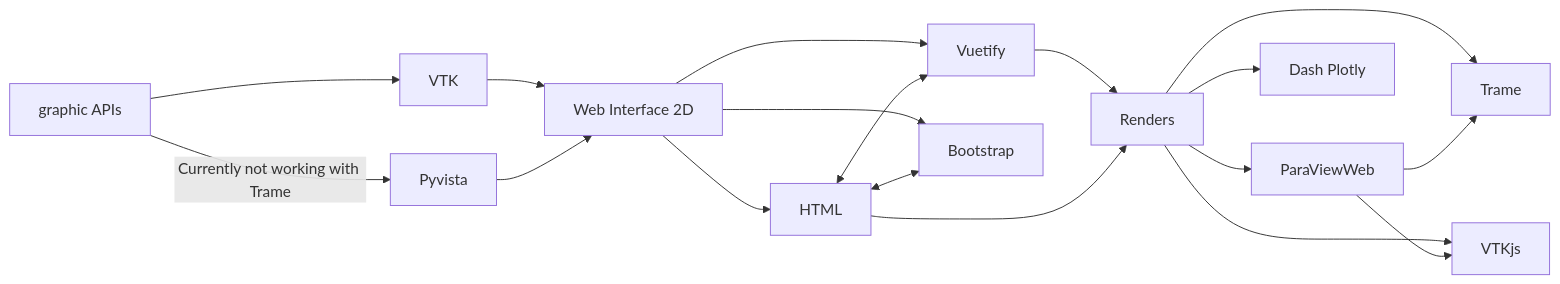
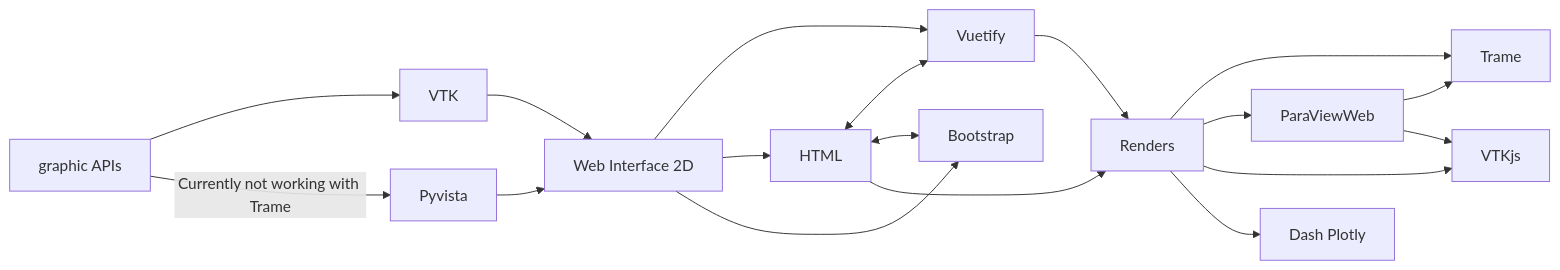
One commit to oscarBarEs/myTFG changed the diagram in stateOftheArt/Readme.md. Above: the diagram before and after it, drawn with Mermaid. The commit also changed other lines of this file, not shown here.

Commit message:
updated chart

````diff
--- a/stateOftheArt/Readme.md
+++ b/stateOftheArt/Readme.md
@@ -9,21 +9,21 @@
 ```mermaid
 graph LR
 A[graphic APIs] --> B[VTK]
 A -- Currently not working with Trame --> C[Pyvista]
 B --> D[Web Interface 2D]
 C --> D
 D --> E[Vuetify]
 D --> F[HTML]
 D --> L[Bootstrap]
 F <--> E
 F <--> L
 E --> G[Renders]
 F --> G
 G --> H[Trame]
+G --> J[ParaViewWeb]
 G --> I[VTKjs]
-G --> J[ParaViewWeb]
-G --> K[Dash Plotly]
 J --> H
 J --> I
+G --> K[Dash Plotly]
 
 ```
````
